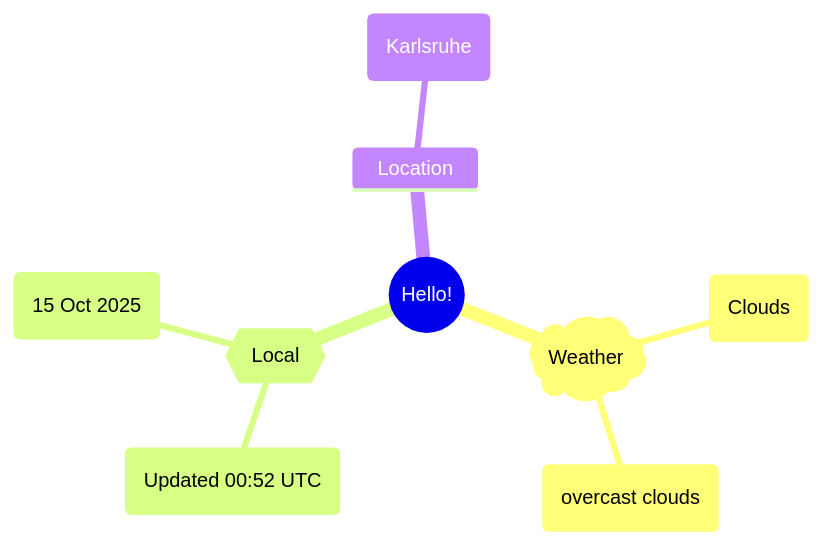
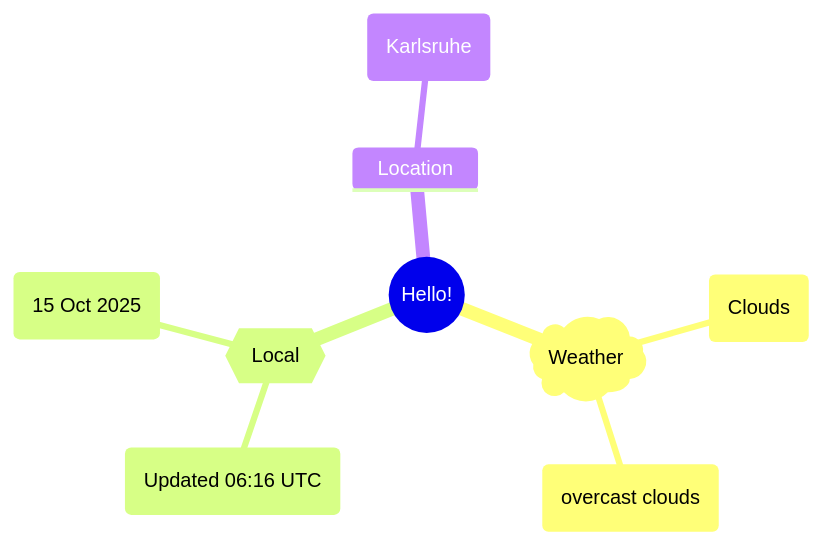
The first of 2 diagrams in README.md (Xosrov/Xosrov), drawn with Mermaid before and after one commit.

Commit message:
[bot] updated images

````diff
--- a/README.md
+++ b/README.md
@@ -3,12 +3,12 @@
 ```mermaid
 mindmap
   root((Hello!))
     )Weather(
         (Clouds)
         (overcast clouds)
     {{Local}}
-        (Updated 00:52 UTC)
+        (Updated 06:16 UTC)
         (15 Oct 2025)
     Location
         (Karlsruhe)
 ```
````
